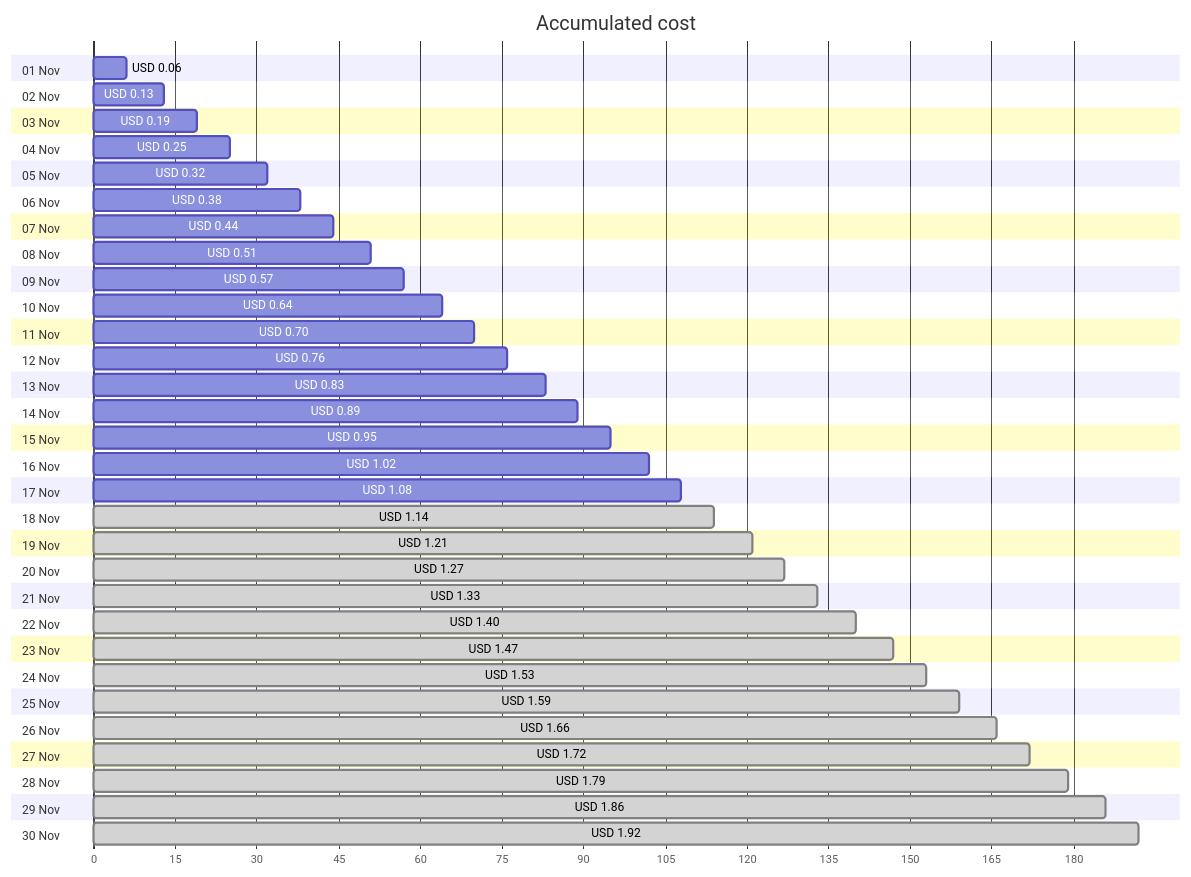
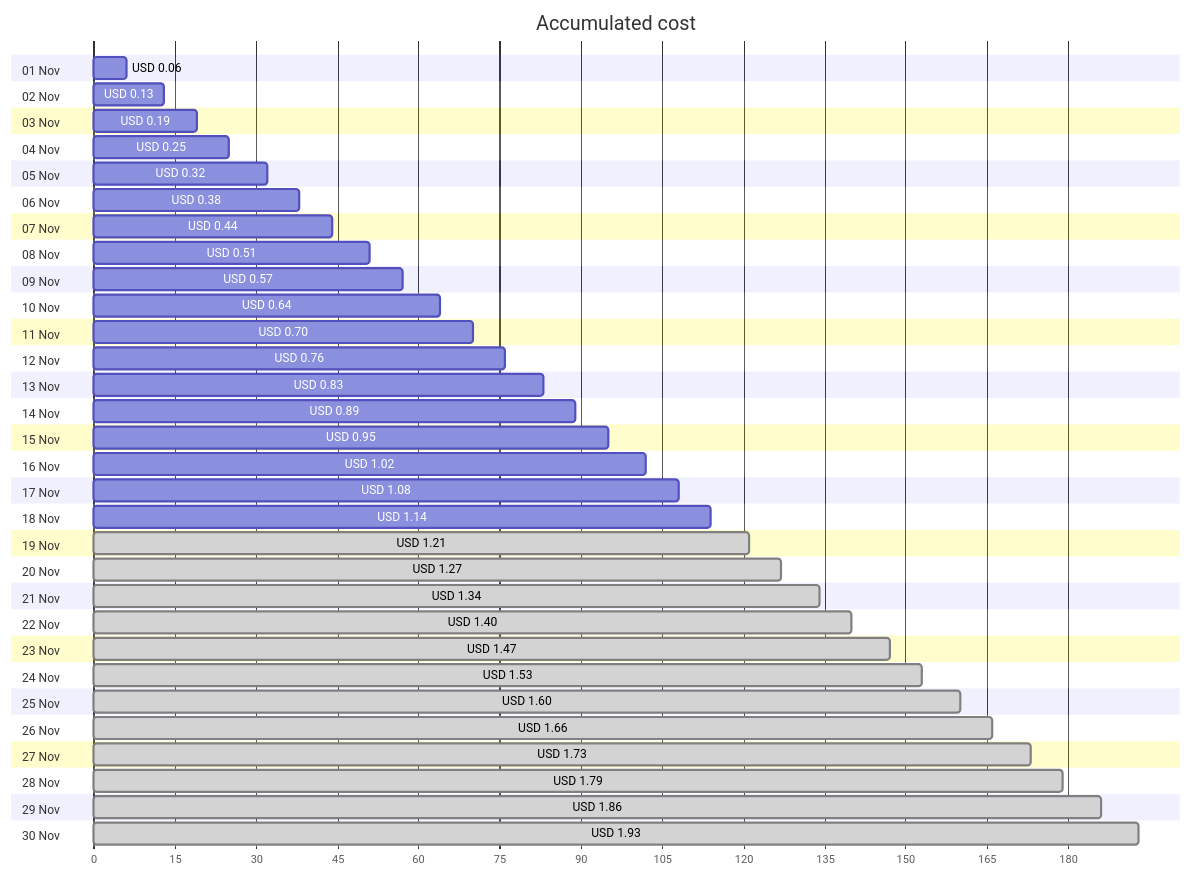
The first of 4 diagrams in cost-reports/personal-network/vpn-server_OsDisk.md (jpfulton/azure-personal-reports), drawn with Mermaid before and after one commit. The commit also changed other lines of this file and 8 other files, not shown here.

````diff
--- a/cost-reports/personal-network/vpn-server_OsDisk.md
+++ b/cost-reports/personal-network/vpn-server_OsDisk.md
@@ -20,66 +20,66 @@
 ```mermaid
 gantt
    title Accumulated cost
    dateFormat  X
    axisFormat %s
    section 01 Nov
    USD 0.06 :0, 6
    section 02 Nov
    USD 0.13 :0, 13
    section 03 Nov
    USD 0.19 :0, 19
    section 04 Nov
    USD 0.25 :0, 25
    section 05 Nov
    USD 0.32 :0, 32
    section 06 Nov
    USD 0.38 :0, 38
    section 07 Nov
    USD 0.44 :0, 44
    section 08 Nov
    USD 0.51 :0, 51
    section 09 Nov
    USD 0.57 :0, 57
    section 10 Nov
    USD 0.64 :0, 64
    section 11 Nov
    USD 0.70 :0, 70
    section 12 Nov
    USD 0.76 :0, 76
    section 13 Nov
    USD 0.83 :0, 83
    section 14 Nov
    USD 0.89 :0, 89
    section 15 Nov
    USD 0.95 :0, 95
    section 16 Nov
    USD 1.02 :0, 102
    section 17 Nov
    USD 1.08 :0, 108
    section 18 Nov
-   USD 1.14 : done, 0, 114
+   USD 1.14 :0, 114
    section 19 Nov
    USD 1.21 : done, 0, 121
    section 20 Nov
    USD 1.27 : done, 0, 127
    section 21 Nov
-   USD 1.33 : done, 0, 133
+   USD 1.34 : done, 0, 134
    section 22 Nov
    USD 1.40 : done, 0, 140
    section 23 Nov
    USD 1.47 : done, 0, 147
    section 24 Nov
    USD 1.53 : done, 0, 153
    section 25 Nov
-   USD 1.59 : done, 0, 159
+   USD 1.60 : done, 0, 160
    section 26 Nov
    USD 1.66 : done, 0, 166
    section 27 Nov
-   USD 1.72 : done, 0, 172
+   USD 1.73 : done, 0, 173
    section 28 Nov
    USD 1.79 : done, 0, 179
    section 29 Nov
    USD 1.86 : done, 0, 186
    section 30 Nov
-   USD 1.92 : done, 0, 192
+   USD 1.93 : done, 0, 193
 ```
````
